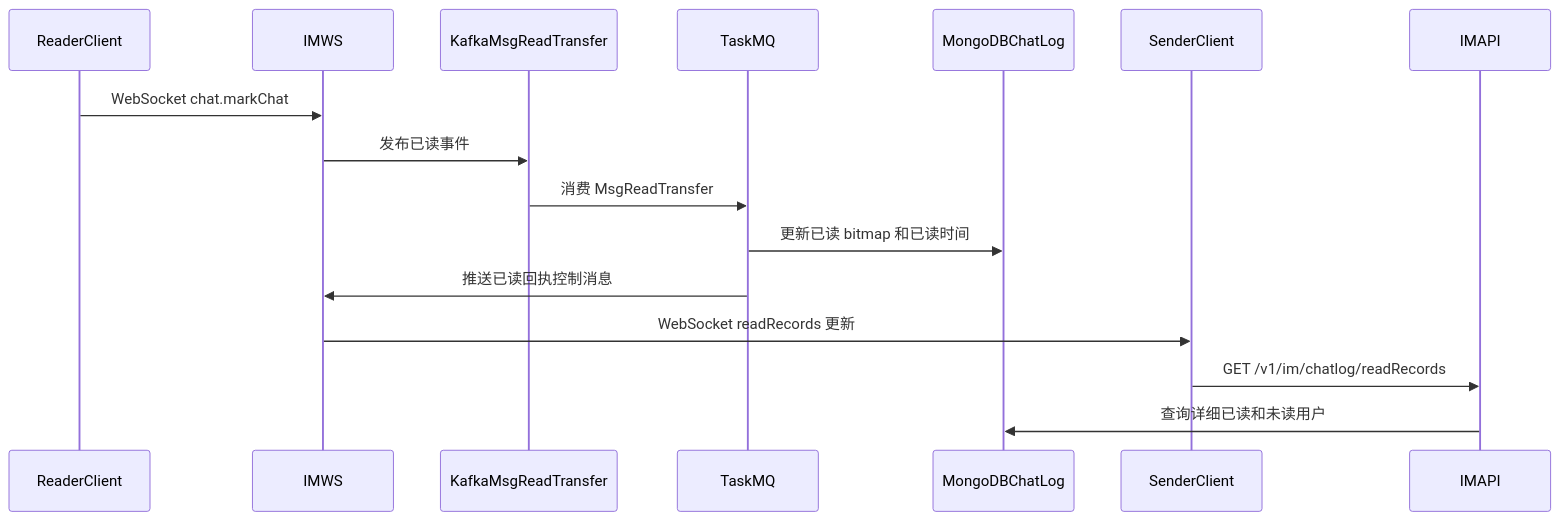
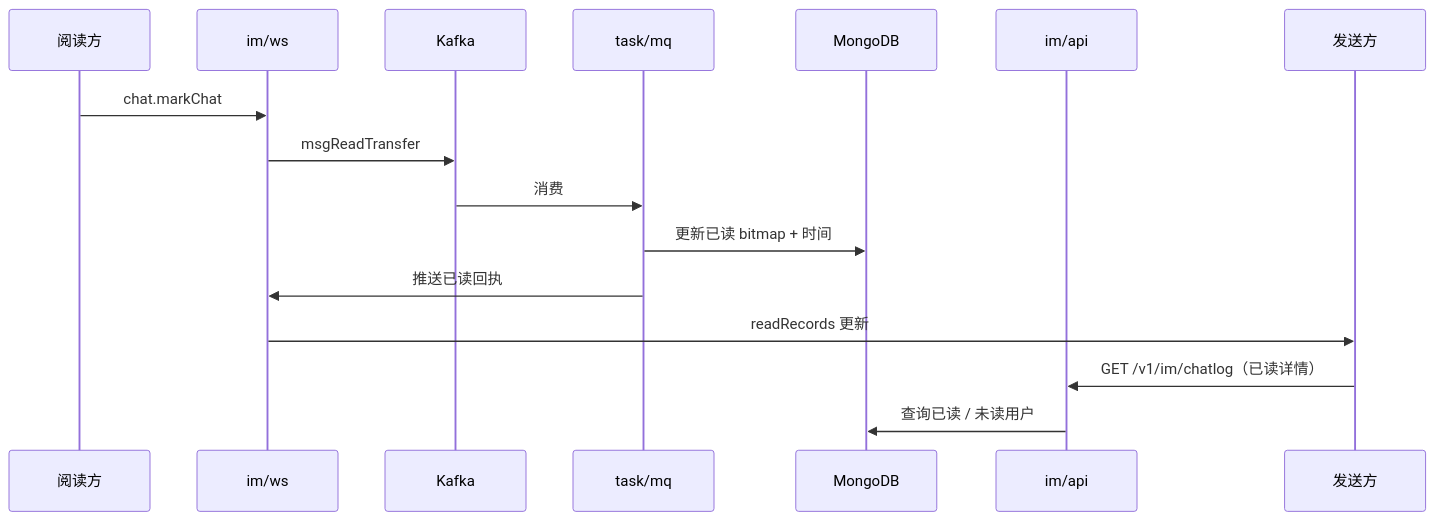
One commit to iceymoss/go-hichat-api changed the second of 6 diagrams in docs/README.zh-CN.md. Above: the diagram before and after it, drawn with Mermaid. The commit also changed other lines of this file and 1 other file, not shown here.

First line of the commit message:
docs: humanize sequence diagrams and fix Go version

````diff
--- a/docs/README.zh-CN.md
+++ b/docs/README.zh-CN.md
@@ -121,11 +127,18 @@
 ```mermaid
 sequenceDiagram
-  ReaderClient->>IMWS: WebSocket chat.markChat
-  IMWS->>KafkaMsgReadTransfer: 发布已读事件
-  KafkaMsgReadTransfer->>TaskMQ: 消费 MsgReadTransfer
-  TaskMQ->>MongoDBChatLog: 更新已读 bitmap 和已读时间
-  TaskMQ->>IMWS: 推送已读回执控制消息
-  IMWS->>SenderClient: WebSocket readRecords 更新
-  SenderClient->>IMAPI: GET /v1/im/chatlog/readRecords
-  IMAPI->>MongoDBChatLog: 查询详细已读和未读用户
+  participant C as 阅读方
+  participant WS as im/ws
+  participant K as Kafka
+  participant MQ as task/mq
+  participant DB as MongoDB
+  participant API as im/api
+  participant S as 发送方
+  C->>WS: chat.markChat
+  WS->>K: msgReadTransfer
+  K->>MQ: 消费
+  MQ->>DB: 更新已读 bitmap + 时间
+  MQ->>WS: 推送已读回执
+  WS->>S: readRecords 更新
+  S->>API: GET /v1/im/chatlog（已读详情）
+  API->>DB: 查询已读 / 未读用户
 ```
````
